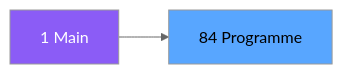
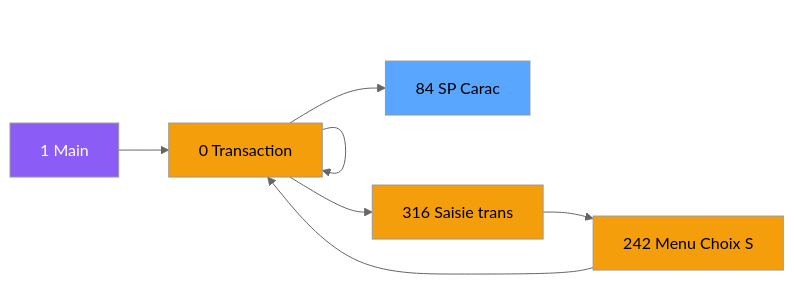
The second of 3 diagrams in .openspec/specs/ADH-IDE-84.md (thonyAGP/magic-migration), drawn with Mermaid (neutral theme) before and after one commit. The commit also changed other lines of this file and 323 other files, not shown here.

````diff
--- a/.openspec/specs/ADH-IDE-84.md
+++ b/.openspec/specs/ADH-IDE-84.md
@@ -98,8 +106,23 @@
 ```mermaid
 graph LR
     M[1 Main]
-    T[84 Programme]
-    M --> T
+    N0[0 Transaction ]
+    N0[0 Transaction ]
+    N316[316 Saisie trans]
+    N242[242 Menu Choix S]
+    N0[0 Transaction ]
+    T[84     SP Carac]
+    M --> N0
+    N0 --> N0
+    N0 --> N316
+    N316 --> N242
+    N242 --> N0
+    N0 --> T
     style M fill:#8b5cf6,color:#fff
+    style N0 fill:#f59e0b
+    style N0 fill:#f59e0b
+    style N316 fill:#f59e0b
+    style N242 fill:#f59e0b
+    style N0 fill:#f59e0b
     style T fill:#58a6ff,color:#000
 ```
````
